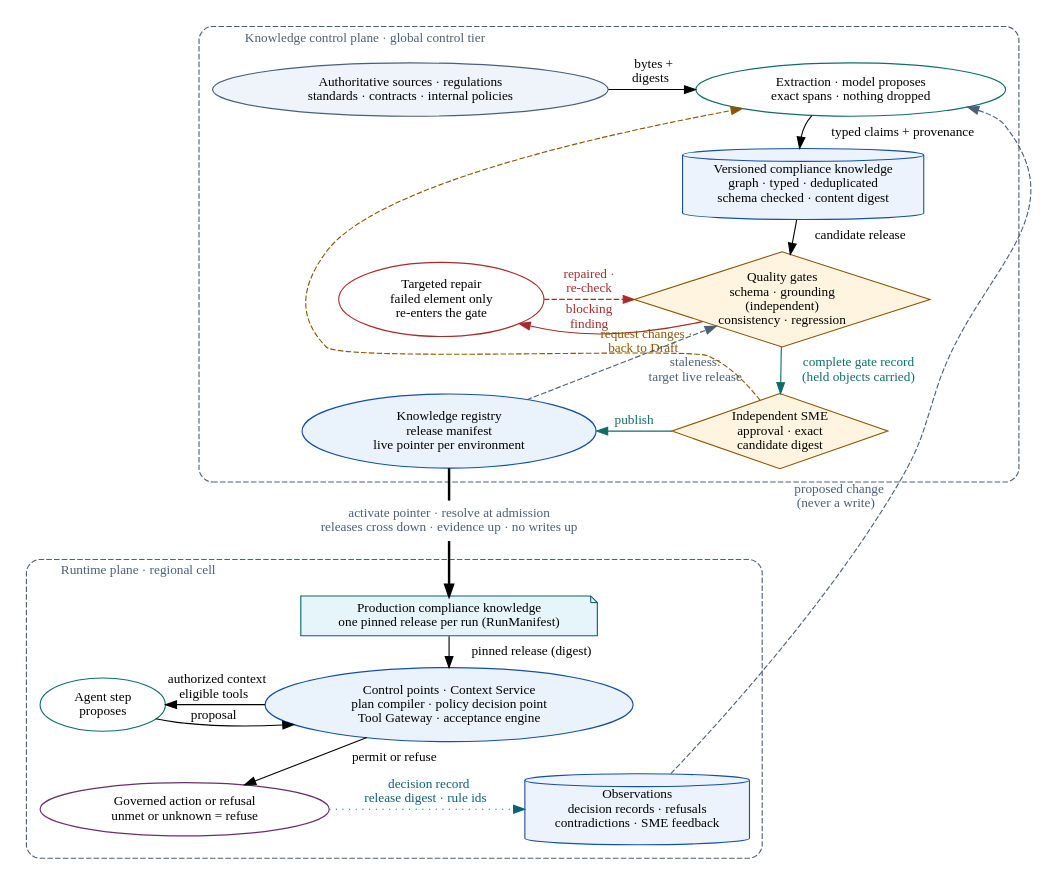
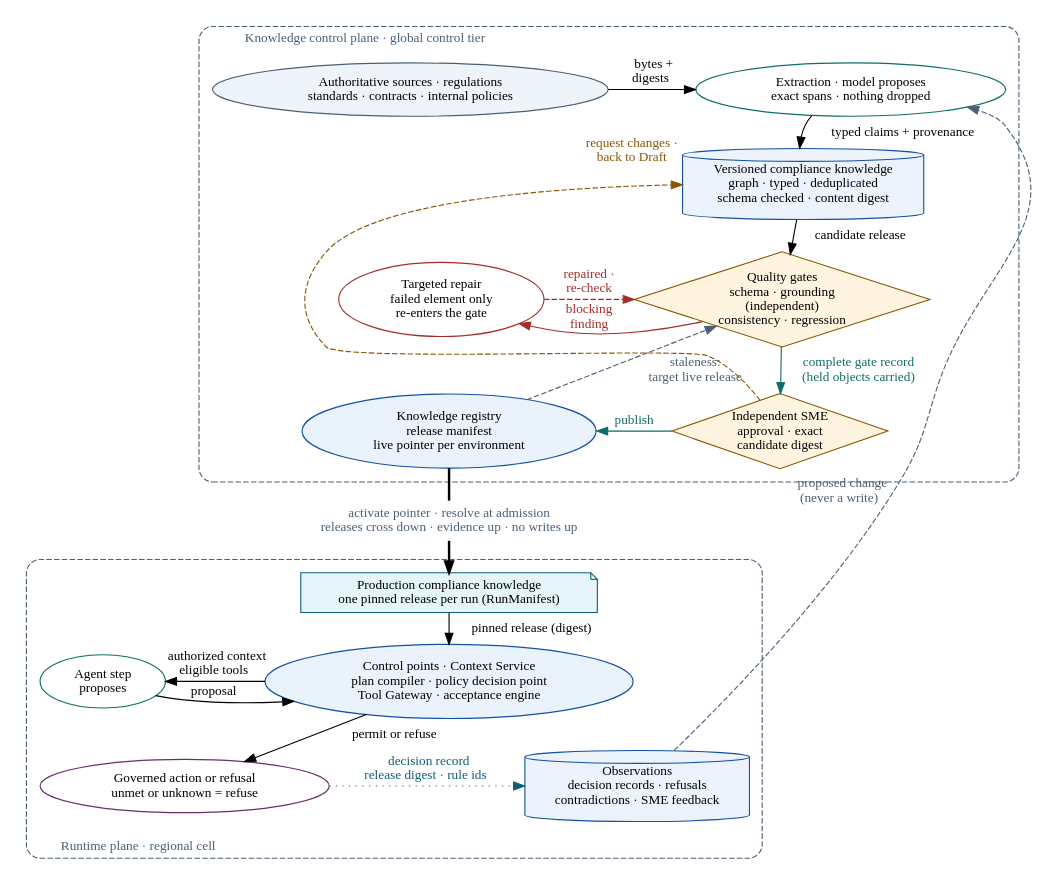
Before and after one commit to rrahimi-uci/building-enterprise-general-intelligence: the diagram in assets/diagrams/src/knowledge-lifecycle.gv, drawn with Graphviz. The commit also changed 25 other files, not shown here.

```diff
--- a/assets/diagrams/src/knowledge-lifecycle.gv
+++ b/assets/diagrams/src/knowledge-lifecycle.gv
@@ -1,99 +1,100 @@
 // Figure 5-4 — Compliance knowledge has two planes.
 // Message: the control plane develops compliance knowledge through gates and an
 // independent approval into a release; the registry's live pointer is the only
 // way down; the runtime enforces one pinned release per run; and only evidence
 // crosses back up, as a proposed change. A blocking finding goes to targeted
 // repair and re-enters the gate; held objects continue to approval.
 // The control-plane order follows the reference implementation's pipeline
 // (source, extraction, typed graph, gates, repair loop); nothing in the figure
 // names it. Approval, registry, pointer and the runtime plane are the book's own.
 digraph knowledge_lifecycle {
   rankdir = TB
   graph [pad=0.12, ranksep=0.14, nodesep=0.30, forcelabels=true]
   node [fontsize=12]
   edge [fontsize=12]
 
   subgraph cluster_control {
     label="  Knowledge control plane · global control tier  "
     labeljust="l"
     fontsize=12
     fontcolor="#4A6078"
     color="#4A6078"
     style="dashed,rounded"
     margin=12
 
     sources [label="Authoritative sources · regulations\nstandards · contracts · internal policies",
              fillcolor="#EEF4FA", color="#4A6078", style=filled]
     extract [label="Extraction · model proposes\nexact spans · nothing dropped",
              fillcolor="#E7F5F3", color="#0D6E69"]
     graph_ [label="Versioned compliance knowledge\ngraph · typed · deduplicated\nschema checked · content digest",
             shape=cylinder, style=filled, fillcolor="#EDF3FC", color="#1450A3"]
     repair [label="Targeted repair\nfailed element only\nre-enters the gate",
             fillcolor="#FCECEC", color="#A62C2C"]
     gates [label="Quality gates\nschema · grounding\n(independent)\nconsistency · regression",
            shape=diamond, style=filled, fillcolor="#FFF4DF", color="#8A5600",
            height=1.2, width=2.5, margin="0.02,0.02"]
     approve [label="Independent SME\napproval · exact\ncandidate digest",
              shape=diamond, style=filled, fillcolor="#FFF4DF", color="#8A5600",
              height=0.95, width=2.5, margin="0.02,0.02"]
     registry [label="Knowledge registry\nrelease manifest\nlive pointer per environment",
               fillcolor="#EAF3FB", color="#1450A3", style=filled]
 
     { rank=same; sources; extract }
     { rank=same; repair; gates }
     { rank=same; registry; approve }
     sources -> extract [label="  bytes +\n  digests  "]
     extract -> graph_ [label="  typed claims + provenance  "]
     repair -> gates [style=invis]
     sources -> repair [style=invis]
     repair -> registry [style=invis]
     graph_ -> gates [label="  candidate release  "]
     gates -> approve [label="  complete gate record\n  (held objects carried)", color="#0D6E69", fontcolor="#0D6E69"]
   }
 
   boundary [shape=plaintext, style="", fontsize=12, fontcolor="#4A6078",
             label="activate pointer · resolve at admission\nreleases cross down · evidence up · no writes up"]
 
   subgraph cluster_runtime {
     label="  Runtime plane · regional cell  "
     labeljust="l"
+    labelloc="b"
     fontsize=12
     fontcolor="#4A6078"
     color="#4A6078"
     style="dashed,rounded"
     margin=12
 
     production [label="Production compliance knowledge\none pinned release per run (RunManifest)",
                 shape=note, style=filled, fillcolor="#E6F5F9", color="#0B6076"]
     controls [label="Control points · Context Service\nplan compiler · policy decision point\nTool Gateway · acceptance engine",
               fillcolor="#EAF3FB", color="#1450A3", style=filled]
     agent [label="Agent step\nproposes", fillcolor="#E7F5F3", color="#0D6E69"]
     effect [label="Governed action or refusal\nunmet or unknown = refuse",
             fillcolor="#F7ECF8", color="#6A2E6E"]
     observe [label="Observations\ndecision records · refusals\ncontradictions · SME feedback",
              shape=cylinder, style=filled, fillcolor="#EDF3FC", color="#1450A3"]
 
     { rank=same; controls; agent }
     { rank=same; effect; observe }
     controls -> agent [label="  authorized context\n  eligible tools  "]
     agent -> controls [label="  proposal  "]
     effect -> observe [label="  decision record\n  release digest · rule ids  ", style=dotted,
                        color="#0B6076", fontcolor="#0B6076"]
   }
 
   gates -> repair [label="blocking\nfinding", color="#A62C2C", fontcolor="#A62C2C", constraint=false]
   repair -> gates [label="repaired ·\nre-check", style=dashed, color="#A62C2C", fontcolor="#A62C2C", constraint=false]
-  approve -> extract [xlabel="  request changes ·\n  back to Draft  ", style=dashed,
+  approve -> graph_ [headlabel="request changes ·\nback to Draft", labeldistance=5.5, labelangle=-35, style=dashed,
                       color="#8A5600", fontcolor="#8A5600", constraint=false]
   approve -> registry [label="publish", color="#0D6E69", fontcolor="#0D6E69"]
   registry -> gates [label="staleness:\ntarget live release", style=dashed,
                      color="#4A6078", fontcolor="#4A6078", constraint=false]
 
   registry -> boundary [arrowhead=none, penwidth=2.2]
   boundary -> production [penwidth=2.2]
 
   production -> controls [label="  pinned release (digest)  "]
   controls -> effect [label="  permit or refuse  "]
   observe -> extract [xlabel="  proposed change\n  (never a write)  ", style=dashed,
                       color="#4A6078", fontcolor="#4A6078", constraint=false]
 }
```
